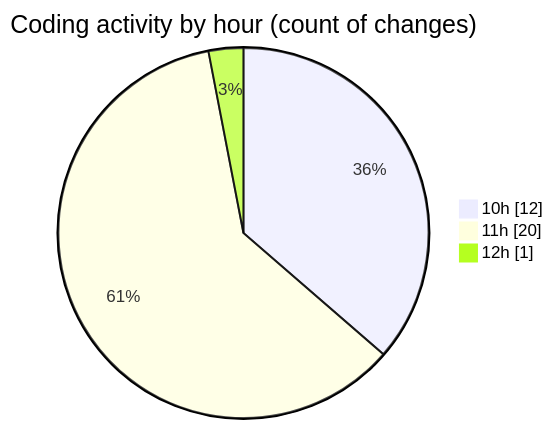
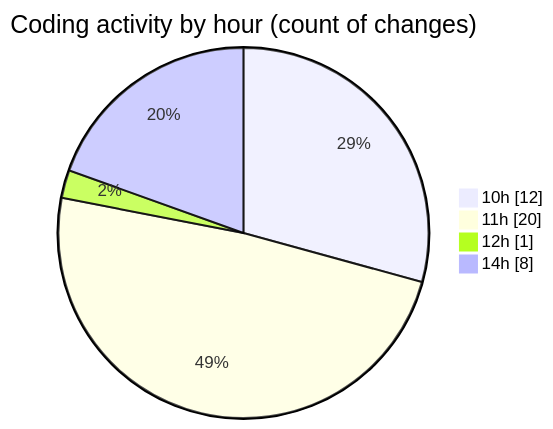
Before and after one commit to nxtqubesakshisongat/code-tracking: the second of 2 diagrams in 2025-06-20/nxtqube_webapp/README.md, drawn with Mermaid. The commit also changed other lines of this file and 1 other file, not shown here.

````diff
--- a/2025-06-20/nxtqube_webapp/README.md
+++ b/2025-06-20/nxtqube_webapp/README.md
@@ -32,7 +33,8 @@
 ```mermaid
 pie showData
 title Coding activity by hour (count of changes)
 "10h" : 12
 "11h" : 20
 "12h" : 1
+"14h" : 8
 ```
````
